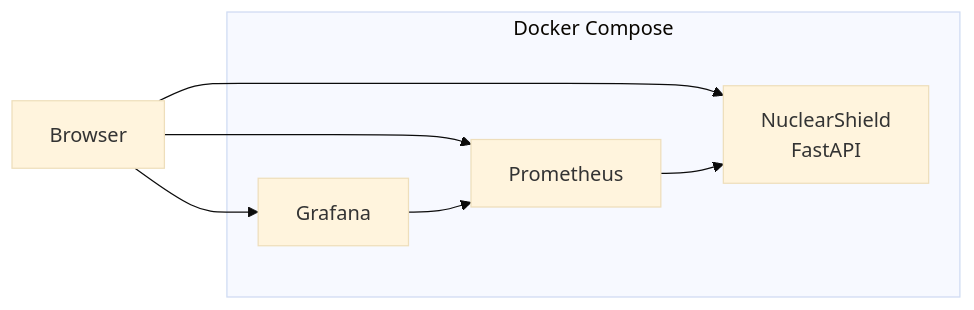
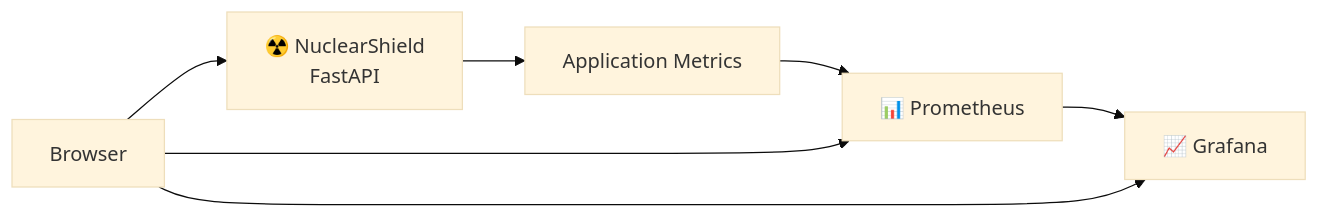
One commit to ruveeha33/NuclearShield changed the fifth of 6 diagrams in README.md. Above: the diagram before and after it, drawn with Mermaid (base theme). The commit also changed other lines of this file, not shown here.

````diff
--- a/README.md
+++ b/README.md
@@ -594,18 +535,10 @@
 ```mermaid
 flowchart LR
+    USER["Browser"] --> NS["☢️ NuclearShield<br/>FastAPI"]
+    NS --> MET["Application Metrics"]
+    MET --> PROM["📊 Prometheus"]
+    PROM --> GRAF["📈 Grafana"]
 
-    BROWSER["Browser"]
-
-    subgraph DOCKER["Docker Compose"]
-        NS["NuclearShield<br/>FastAPI"]
-        PROM["Prometheus"]
-        GRAF["Grafana"]
-    end
-
-    BROWSER --> NS
-    BROWSER --> PROM
-    BROWSER --> GRAF
-
-    PROM --> NS
-    GRAF --> PROM
+    USER --> PROM
+    USER --> GRAF
 ```
````
